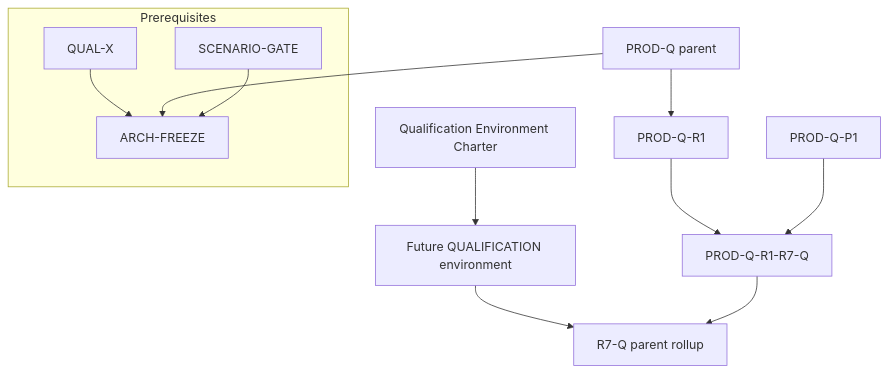
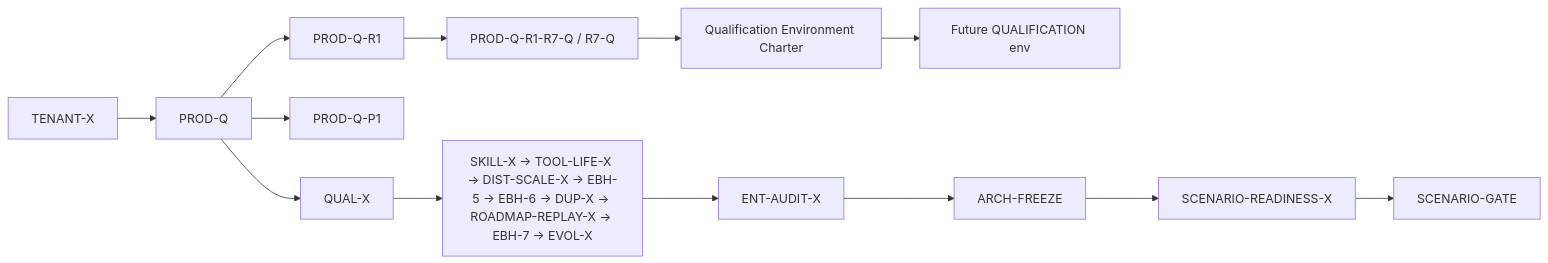
Before and after one commit to jakbuczarnecki/intergrax: the diagram in docs/project/maintainers/qualification/PROD_Q_R1_R7_Q_QUALIFICATION_ENVIRONMENT_CHARTER.md, drawn with Mermaid. The commit also changed other lines of this file, not shown here.

First line of the commit message:
docs(qual): correct PROD-Q R7-Q qualification environment charter (R1)

````diff
--- a/docs/project/maintainers/qualification/PROD_Q_R1_R7_Q_QUALIFICATION_ENVIRONMENT_CHARTER.md
+++ b/docs/project/maintainers/qualification/PROD_Q_R1_R7_Q_QUALIFICATION_ENVIRONMENT_CHARTER.md
@@ -328,25 +381,29 @@
 ```mermaid
-flowchart TD
-  subgraph prereq [Prerequisites]
-    ARCH_FREEZE[ARCH-FREEZE]
-    QUAL_X[QUAL-X]
-    SCENARIO_GATE[SCENARIO-GATE]
-  end
-  PROD_Q_PARENT[PROD-Q parent]
+flowchart LR
+  TENANT_X[TENANT-X]
+  PROD_Q[PROD-Q]
   PROD_Q_R1[PROD-Q-R1]
   PROD_Q_P1[PROD-Q-P1]
-  PROD_Q_R1_R7_Q[PROD-Q-R1-R7-Q]
+  PROD_Q_R1_R7_Q[PROD-Q-R1-R7-Q / R7-Q]
   CHARTER[Qualification Environment Charter]
-  QUAL_ENV[Future QUALIFICATION environment]
-  R7Q_ROLLUP[R7-Q parent rollup]
+  QUAL_ENV[Future QUALIFICATION env]
+  QUAL_X[QUAL-X]
+  LATE[SKILL-X → TOOL-LIFE-X → DIST-SCALE-X → EBH-5 → EBH-6 → DUP-X → ROADMAP-REPLAY-X → EBH-7 → EVOL-X]
+  ENT_AUDIT[ENT-AUDIT-X]
+  ARCH_FREEZE[ARCH-FREEZE]
+  SCENARIO_READY[SCENARIO-READINESS-X]
+  SCENARIO_GATE[SCENARIO-GATE]
 
-  PROD_Q_PARENT --> PROD_Q_R1
+  TENANT_X --> PROD_Q
+  PROD_Q --> PROD_Q_R1
+  PROD_Q --> PROD_Q_P1
   PROD_Q_R1 --> PROD_Q_R1_R7_Q
-  PROD_Q_P1 --> PROD_Q_R1_R7_Q
+  PROD_Q_R1_R7_Q --> CHARTER
   CHARTER --> QUAL_ENV
-  QUAL_ENV --> R7Q_ROLLUP
-  PROD_Q_R1_R7_Q --> R7Q_ROLLUP
-  QUAL_X --> ARCH_FREEZE
-  PROD_Q_PARENT --> ARCH_FREEZE
-  SCENARIO_GATE --> ARCH_FREEZE
+  PROD_Q --> QUAL_X
+  QUAL_X --> LATE
+  LATE --> ENT_AUDIT
+  ENT_AUDIT --> ARCH_FREEZE
+  ARCH_FREEZE --> SCENARIO_READY
+  SCENARIO_READY --> SCENARIO_GATE
 ```
````
